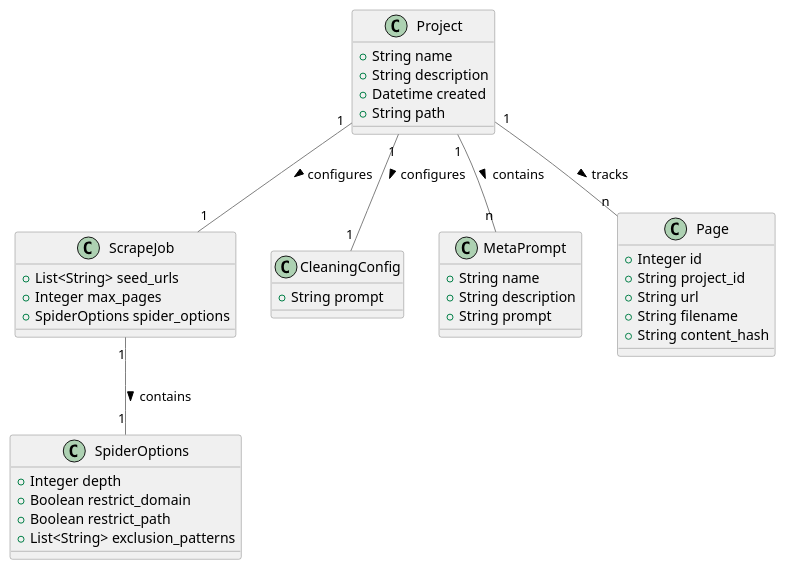
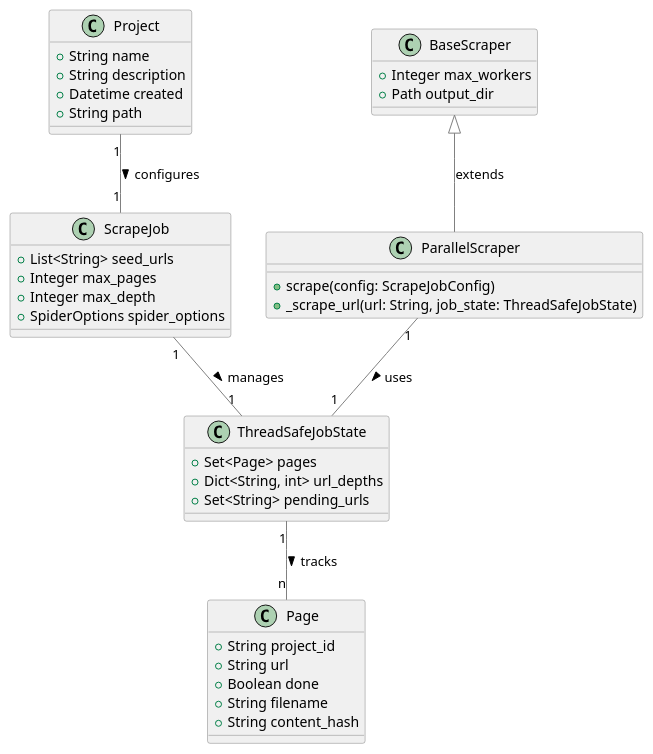
The first of 7 diagrams in specs/project.md (olafgeibig/meta-prompter), drawn with PlantUML before and after one commit. The commit also changed other lines of this file and 25 other files, not shown here.

````diff
--- a/specs/project.md
+++ b/specs/project.md
@@ -94,54 +94,54 @@
 ```plantuml
 @startuml
 skinparam backgroundColor #FFFFFF
 skinparam class {
     BackgroundColor #F0F0F0
     BorderColor #808080
     ArrowColor #808080
 }
 
 class Project {
     +String name
     +String description
     +Datetime created
     +String path
 }
 
 class ScrapeJob {
     +List<String> seed_urls
     +Integer max_pages
+    +Integer max_depth
     +SpiderOptions spider_options
 }
 
-class SpiderOptions {
-    +Integer depth
-    +Boolean restrict_domain
-    +Boolean restrict_path
-    +List<String> exclusion_patterns
+class ThreadSafeJobState {
+    +Set<Page> pages
+    +Dict<String, int> url_depths
+    +Set<String> pending_urls
 }
 
-class CleaningConfig {
-    +String prompt
+class BaseScraper {
+    +Integer max_workers
+    +Path output_dir
 }
 
-class MetaPrompt {
-    +String name
-    +String description
-    +String prompt
+class ParallelScraper {
+    +scrape(config: ScrapeJobConfig)
+    +_scrape_url(url: String, job_state: ThreadSafeJobState)
 }
 
 class Page {
-    +Integer id
     +String project_id
     +String url
+    +Boolean done
     +String filename
     +String content_hash
 }
 
 Project "1" -- "1" ScrapeJob : configures >
-ScrapeJob "1" -- "1" SpiderOptions : contains >
-Project "1" -- "1" CleaningConfig : configures >
-Project "1" -- "n" MetaPrompt : contains >
-Project "1" -- "n" Page : tracks >
+ScrapeJob "1" -- "1" ThreadSafeJobState : manages >
+BaseScraper <|-- ParallelScraper : extends
+ParallelScraper "1" -- "1" ThreadSafeJobState : uses >
+ThreadSafeJobState "1" -- "n" Page : tracks >
 @enduml
 ```
````
